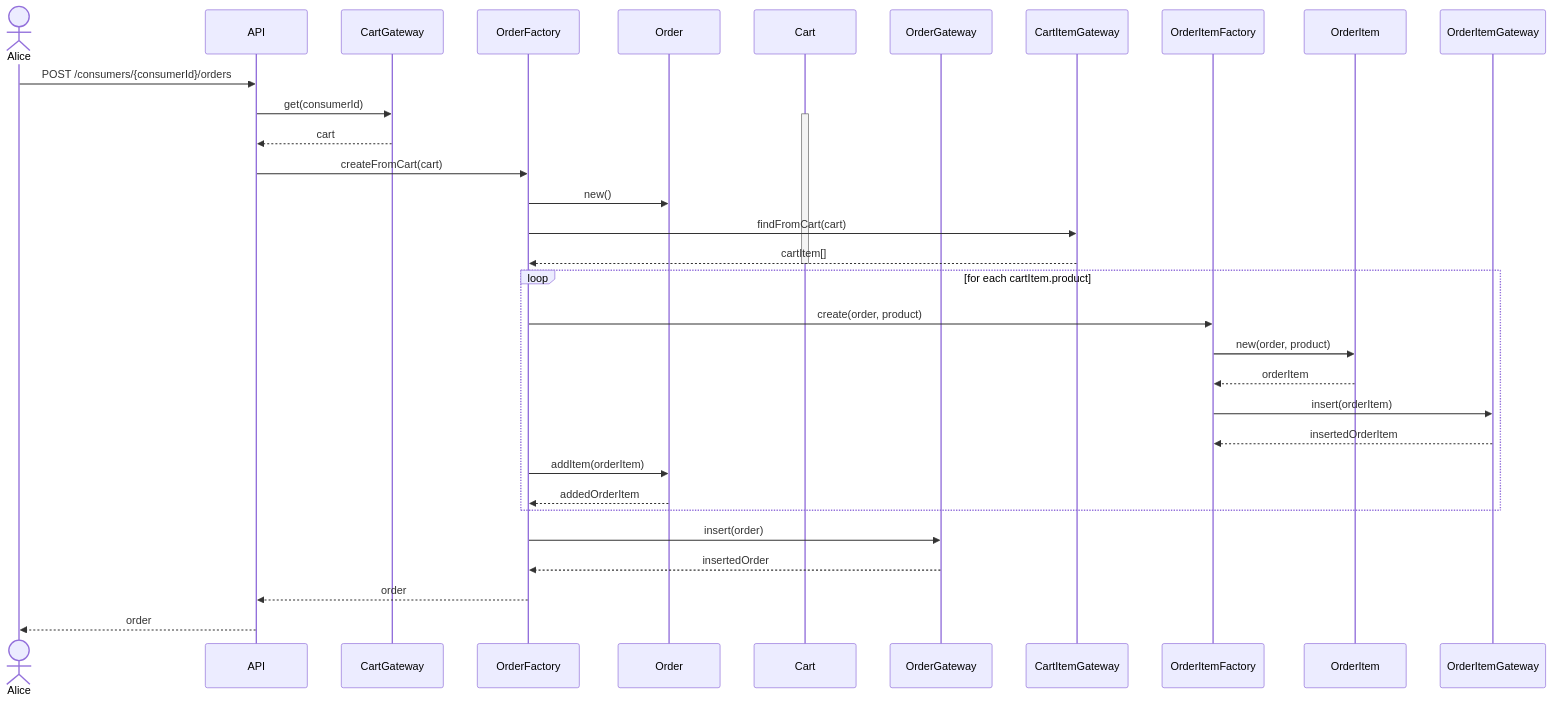
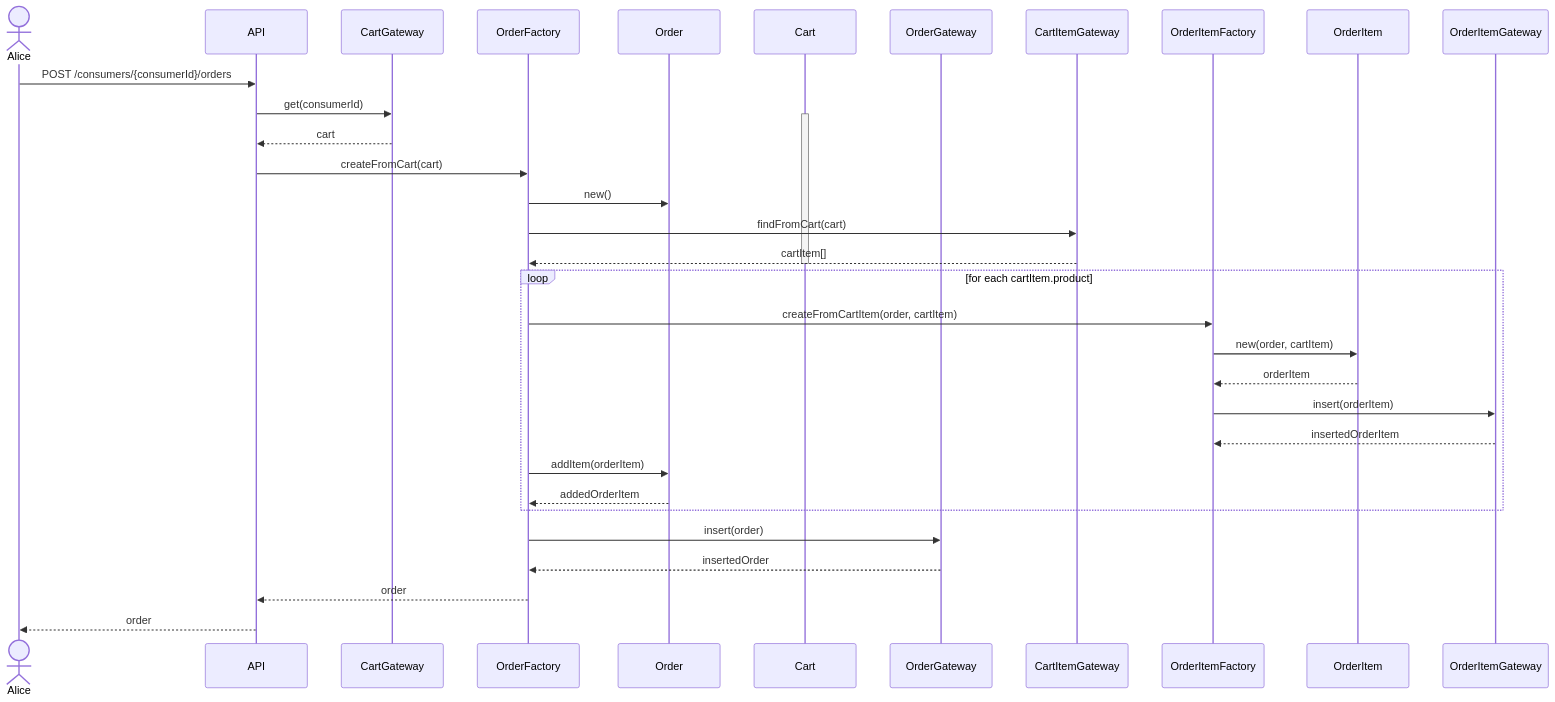
One commit to hivetown/planning changed diagram 14 of 32 in sequence.md. Above: the diagram before and after it, drawn with Mermaid. The commit also changed other lines of this file and 3 other files, not shown here.

````diff
--- a/sequence.md
+++ b/sequence.md
@@ -485,43 +485,43 @@
 ```mermaid
 sequenceDiagram
     actor A as Alice
     participant API
     participant CaG as CartGateway
     participant OF as OrderFactory
     participant O as Order
     participant C as Cart
     participant OG as OrderGateway
     participant CIG as CartItemGateway
     participant OIF as OrderItemFactory
     participant OI as OrderItem
     participant OIG as OrderItemGateway
 
     A ->> API: POST /consumers/{consumerId}/orders
 
     API ->> CaG: get(consumerId)
     activate C
     CaG -->> API: cart
 
     API ->> OF: createFromCart(cart)
     OF ->> O: new()
 
     OF ->> CIG: findFromCart(cart)
     CIG -->> OF: cartItem[]
     deactivate C
 
     loop for each cartItem.product
-        OF ->> OIF: create(order, product)
-        OIF ->> OI: new(order, product)
+        OF ->> OIF: createFromCartItem(order, cartItem)
+        OIF ->> OI: new(order, cartItem)
         OI -->> OIF: orderItem
         OIF ->> OIG: insert(orderItem)
         OIG -->> OIF: insertedOrderItem
 
         OF ->> O: addItem(orderItem)
         O -->> OF: addedOrderItem
     end
 
     OF ->> OG: insert(order)
     OG -->> OF: insertedOrder
     OF -->> API: order
     API -->> A: order
 ```
````
